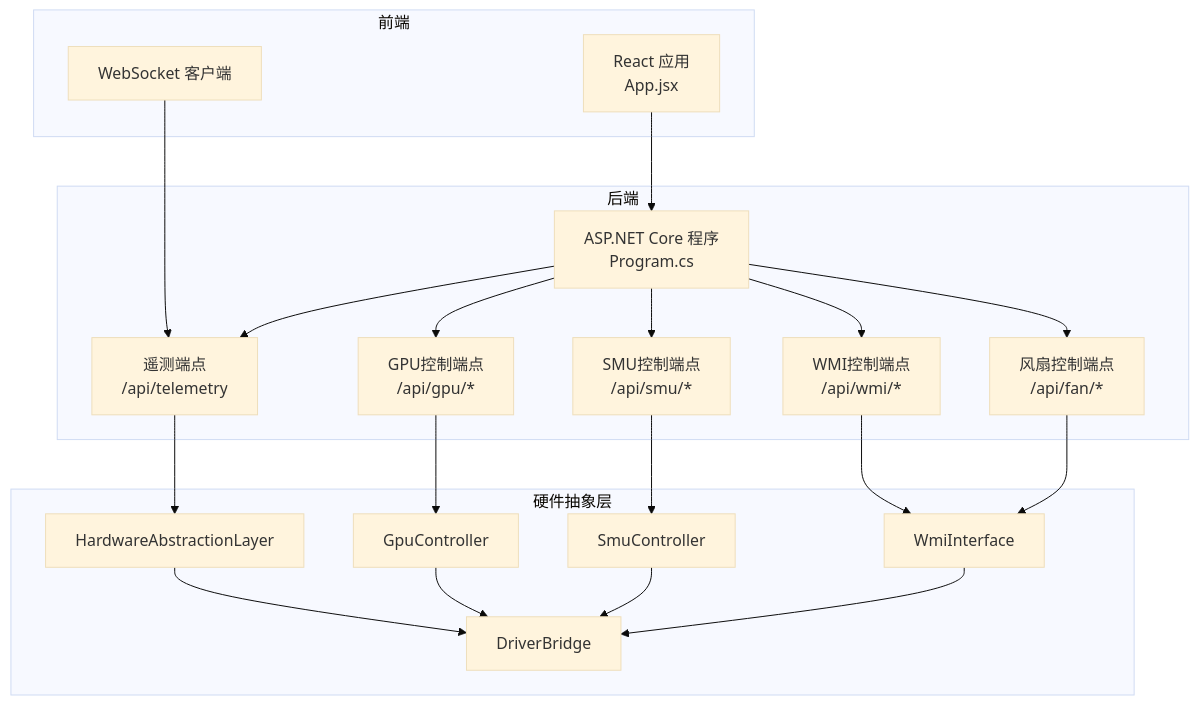
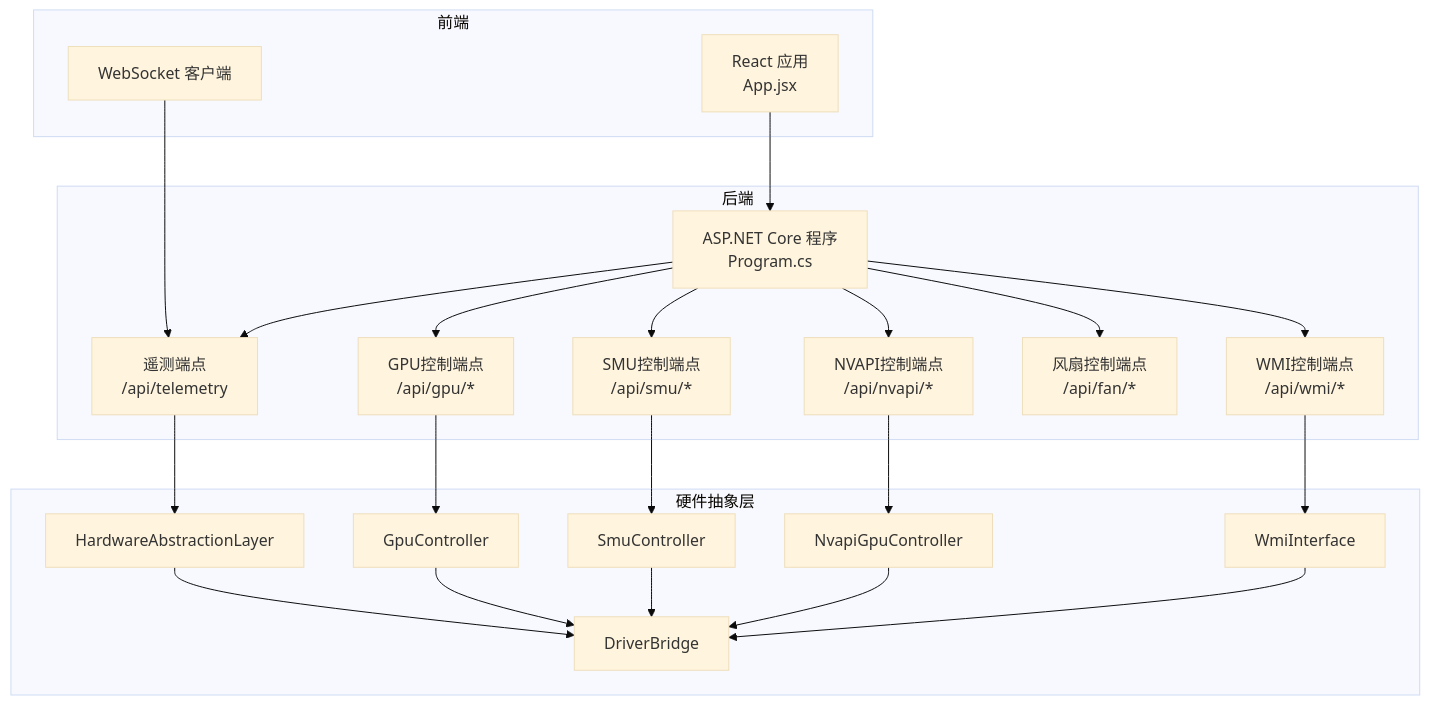
One commit to KanzakiK/DOUZHANZHE-Control changed the first of 10 diagrams in .qoder/repowiki/zh/content/硬件控制模块/GPU控制器.md. Above: the diagram before and after it, drawn with Mermaid (base theme). The commit also changed other lines of this file and 27 other files, not shown here.

````diff
--- a/.qoder/repowiki/zh/content/硬件控制模块/GPU控制器.md
+++ b/.qoder/repowiki/zh/content/硬件控制模块/GPU控制器.md
@@ -42,38 +54,42 @@
 ```mermaid
 graph TB
 subgraph "前端"
 FE_App["React 应用<br/>App.jsx"]
 FE_WS["WebSocket 客户端"]
 end
 subgraph "后端"
 API_Program["ASP.NET Core 程序<br/>Program.cs"]
 API_Telemetry["遥测端点<br/>/api/telemetry"]
 API_GPU["GPU控制端点<br/>/api/gpu/*"]
 API_SMU["SMU控制端点<br/>/api/smu/*"]
 API_WMI["WMI控制端点<br/>/api/wmi/*"]
 API_FAN["风扇控制端点<br/>/api/fan/*"]
+API_NVAPI["NVAPI控制端点<br/>/api/nvapi/*"]
 end
 subgraph "硬件抽象层"
 HAL_HAL["HardwareAbstractionLayer"]
 HAL_Driver["DriverBridge"]
 HAL_GPU["GpuController"]
 HAL_SMU["SmuController"]
+HAL_NVAPI["NvapiGpuController"]
 HAL_WMI["WmiInterface"]
 end
 FE_App --> API_Program
 FE_WS --> API_Telemetry
 API_Program --> API_Telemetry
 API_Program --> API_GPU
 API_Program --> API_SMU
 API_Program --> API_WMI
 API_Program --> API_FAN
+API_Program --> API_NVAPI
 API_Telemetry --> HAL_HAL
 API_GPU --> HAL_GPU
 API_SMU --> HAL_SMU
 API_WMI --> HAL_WMI
-API_FAN --> HAL_WMI
+API_NVAPI --> HAL_NVAPI
 HAL_HAL --> HAL_Driver
 HAL_GPU --> HAL_Driver
 HAL_SMU --> HAL_Driver
+HAL_NVAPI --> HAL_Driver
 HAL_WMI --> HAL_Driver
 ```
````
